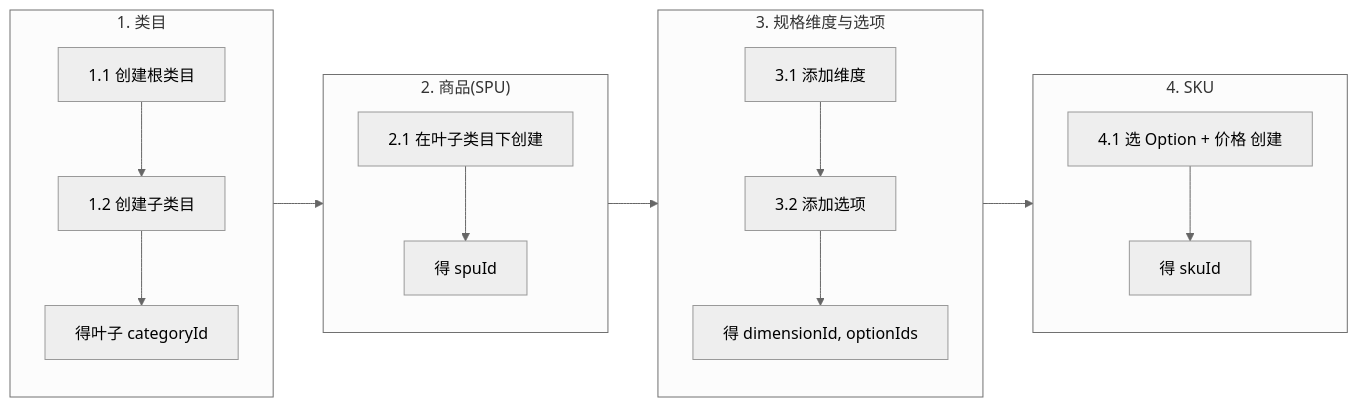
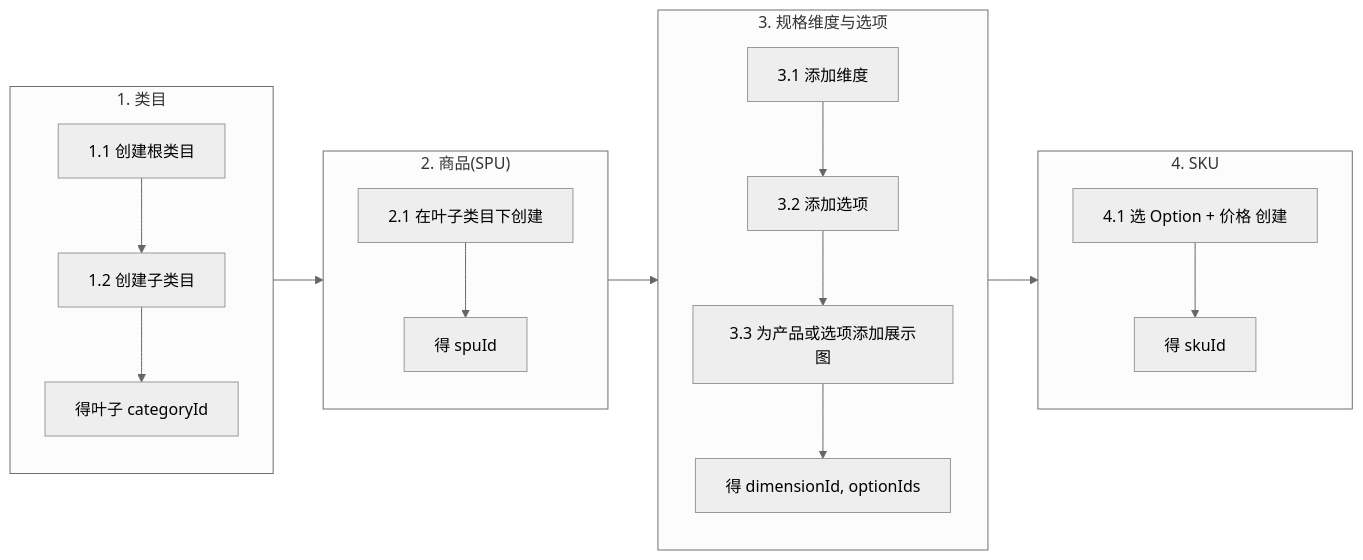
One commit to mianhe/HMall changed the diagram in docs/bounded-contexts/catalog/requirements.md. Above: the diagram before and after it, drawn with Mermaid (neutral theme). The commit also changed other lines of this file and 453 other files, not shown here.

````diff
--- a/docs/bounded-contexts/catalog/requirements.md
+++ b/docs/bounded-contexts/catalog/requirements.md
@@ -12,20 +13,21 @@
 ```mermaid
 flowchart LR
   subgraph 1["1. 类目"]
     A[1.1 创建根类目] --> B[1.2 创建子类目]
     B --> C[得叶子 categoryId]
   end
   subgraph 2["2. 商品(SPU)"]
     D[2.1 在叶子类目下创建] --> E[得 spuId]
   end
   subgraph 3["3. 规格维度与选项"]
     F[3.1 添加维度] --> G[3.2 添加选项]
-    G --> H[得 dimensionId, optionIds]
+    G --> G2[3.3 为产品或选项添加展示图]
+    G2 --> H[得 dimensionId, optionIds]
   end
   subgraph 4["4. SKU"]
     I[4.1 选 Option + 价格 创建] --> J[得 skuId]
   end
   1 --> 2
   2 --> 3
   3 --> 4
 ```
````
